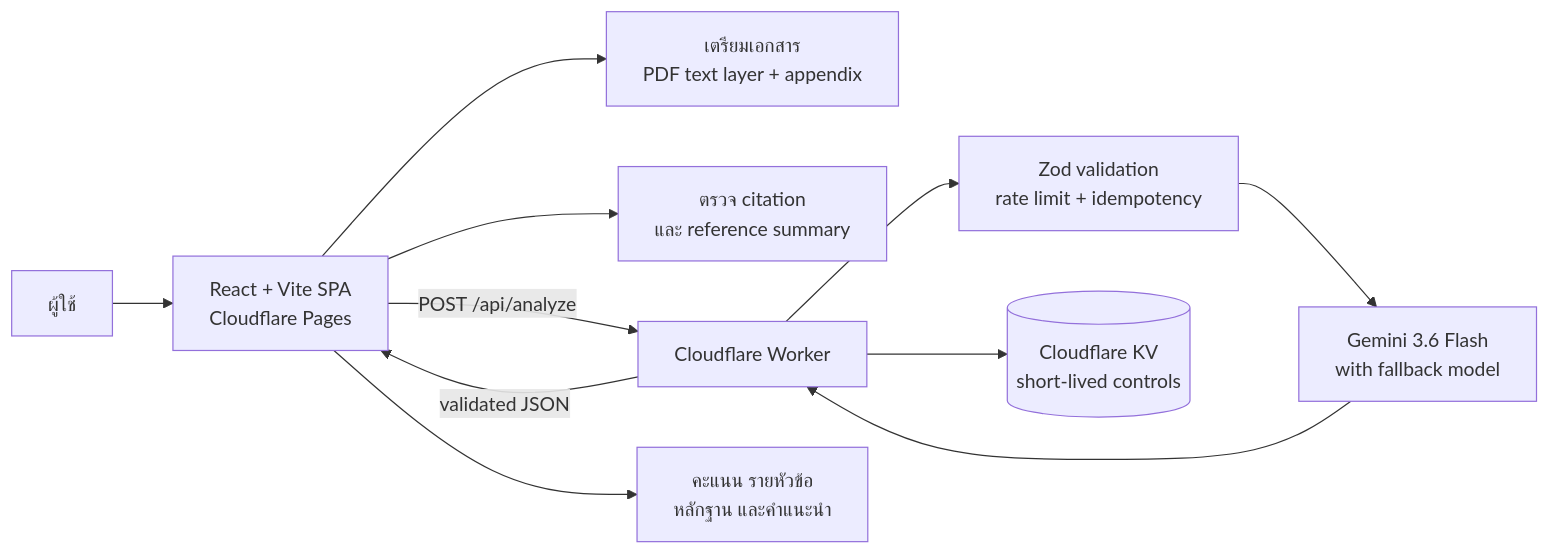
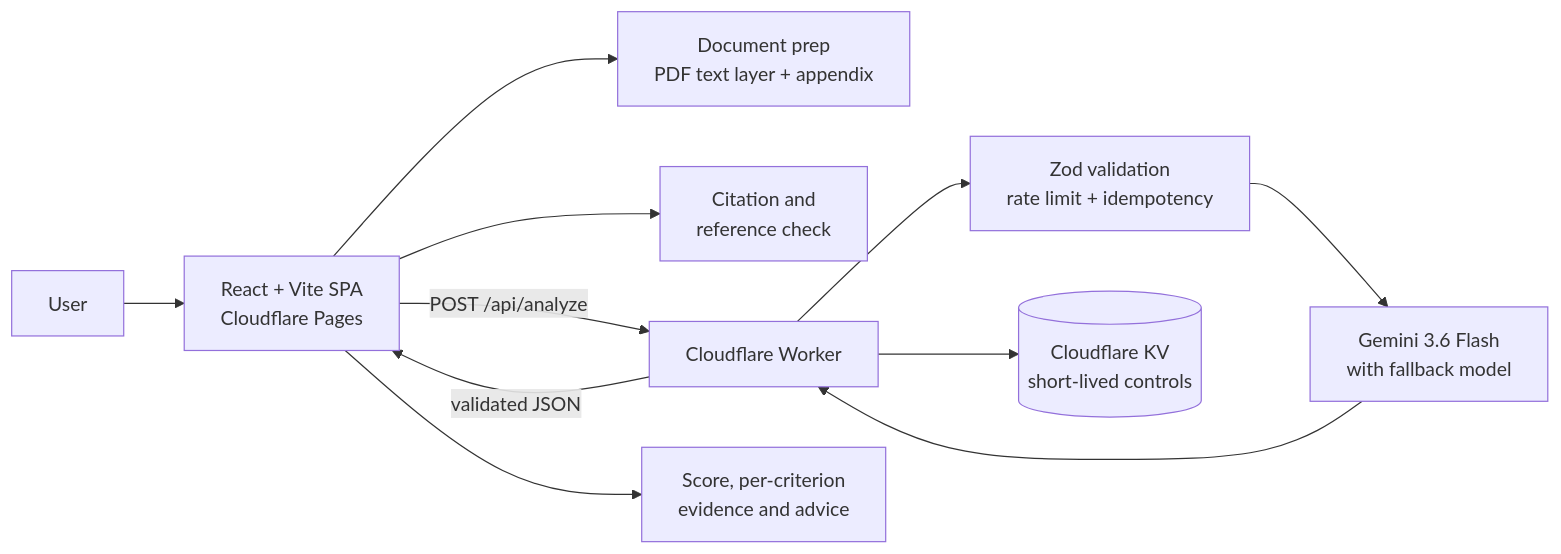
The diagram in README.md (WayuOHm99/report-checker-ai), drawn with Mermaid before and after one commit. The commit also changed other lines of this file and 26 other files, not shown here.

````diff
--- a/README.md
+++ b/README.md
@@ -34,13 +67,13 @@
 ```mermaid
 flowchart LR
-  U[ผู้ใช้] --> FE[React + Vite SPA\nCloudflare Pages]
-  FE --> DOC[เตรียมเอกสาร\nPDF text layer + appendix]
-  FE --> REF[ตรวจ citation\nและ reference summary]
+  U[User] --> FE[React + Vite SPA\nCloudflare Pages]
+  FE --> DOC[Document prep\nPDF text layer + appendix]
+  FE --> REF[Citation and\nreference check]
   FE -->|POST /api/analyze| W[Cloudflare Worker]
   W --> V[Zod validation\nrate limit + idempotency]
   V --> AI[Gemini 3.6 Flash\nwith fallback model]
   W --> KV[(Cloudflare KV\nshort-lived controls)]
   AI --> W
   W -->|validated JSON| FE
-  FE --> R[คะแนน รายหัวข้อ\nหลักฐาน และคำแนะนำ]
+  FE --> R[Score, per-criterion\nevidence and advice]
 ```
````
